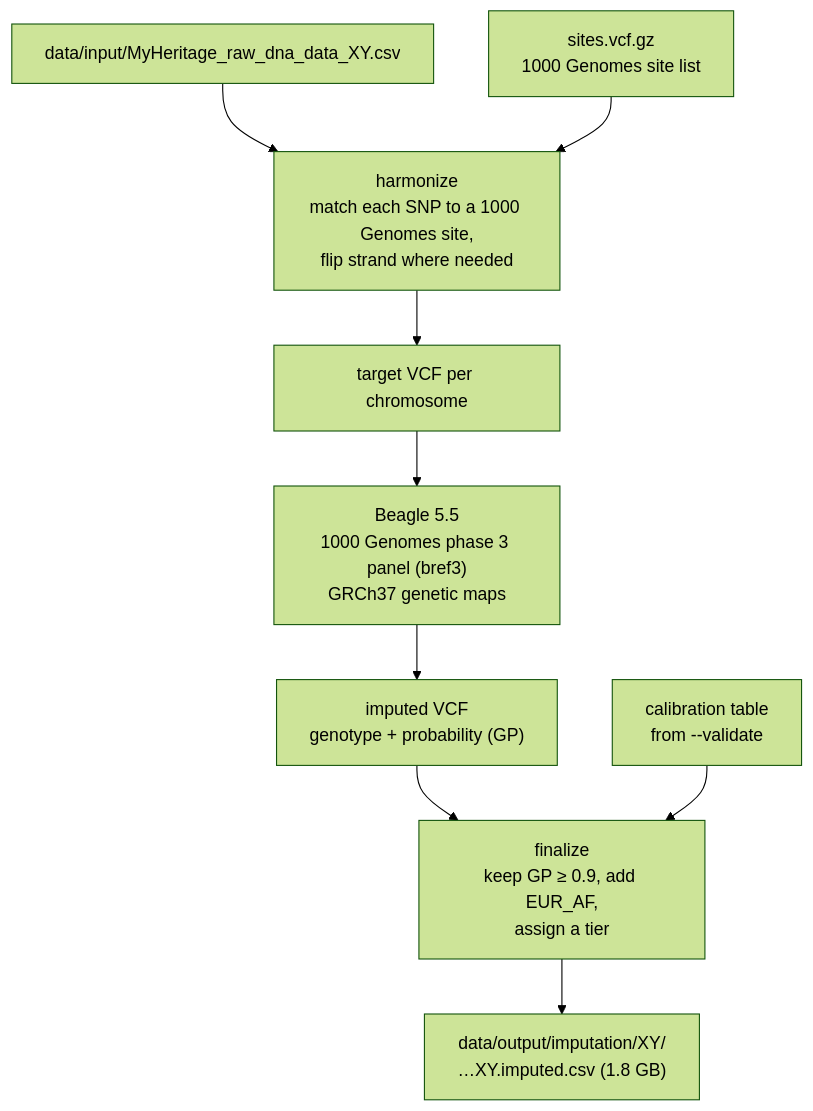
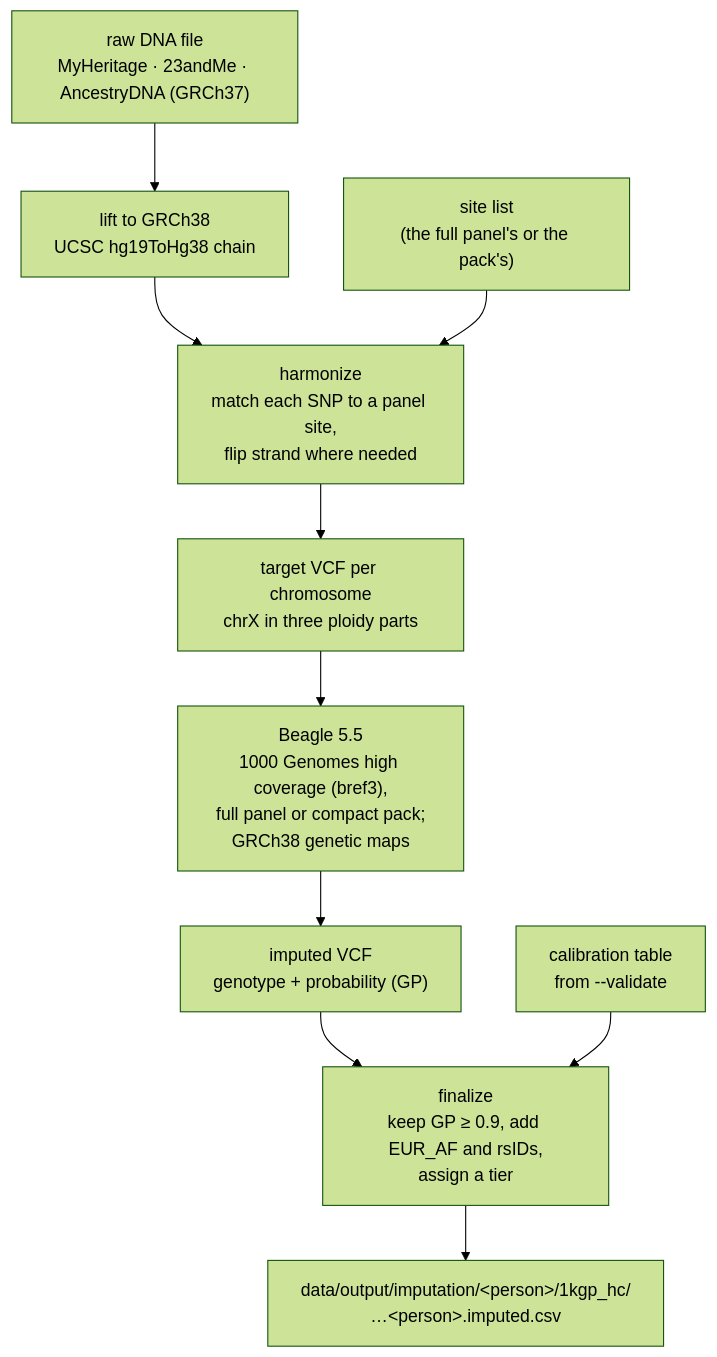
Before and after one commit to Lyceriuss/DNA-Analyzer: the first of 4 diagrams in docs/architecture/imputation.md, drawn with Mermaid (forest theme). The commit also changed other lines of this file and 6 other files, not shown here.

First line of the commit message:
Architecture docs: current imputation, pack and lite mode; migration page removed

````diff
--- a/docs/architecture/imputation.md
+++ b/docs/architecture/imputation.md
@@ -94,11 +138,12 @@
 ```mermaid
 flowchart TB
-    CSV["data/input/MyHeritage_raw_dna_data_XY.csv"] --> H["harmonize<br/>match each SNP to a 1000 Genomes site,<br/>flip strand where needed"]
-    SITES["sites.vcf.gz<br/>1000 Genomes site list"] --> H
-    H --> VCF["target VCF per chromosome"]
-    VCF --> B["Beagle 5.5<br/>1000 Genomes phase 3 panel (bref3)<br/>GRCh37 genetic maps"]
+    RAW["raw DNA file<br/>MyHeritage · 23andMe · AncestryDNA (GRCh37)"] --> L["lift to GRCh38<br/>UCSC hg19ToHg38 chain"]
+    L --> H["harmonize<br/>match each SNP to a panel site,<br/>flip strand where needed"]
+    SITES["site list<br/>(the full panel's or the pack's)"] --> H
+    H --> VCF["target VCF per chromosome<br/>chrX in three ploidy parts"]
+    VCF --> B["Beagle 5.5<br/>1000 Genomes high coverage (bref3),<br/>full panel or compact pack;<br/>GRCh38 genetic maps"]
     B --> OUT["imputed VCF<br/>genotype + probability (GP)"]
-    OUT --> F["finalize<br/>keep GP ≥ 0.9, add EUR_AF,<br/>assign a tier"]
+    OUT --> F["finalize<br/>keep GP ≥ 0.9, add EUR_AF and rsIDs,<br/>assign a tier"]
     CAL["calibration table<br/>from --validate"] --> F
-    F --> IMP["data/output/imputation/XY/<br/>…XY.imputed.csv (1.8 GB)"]
+    F --> IMP["data/output/imputation/&lt;person&gt;/1kgp_hc/<br/>…&lt;person&gt;.imputed.csv"]
 ```
````
